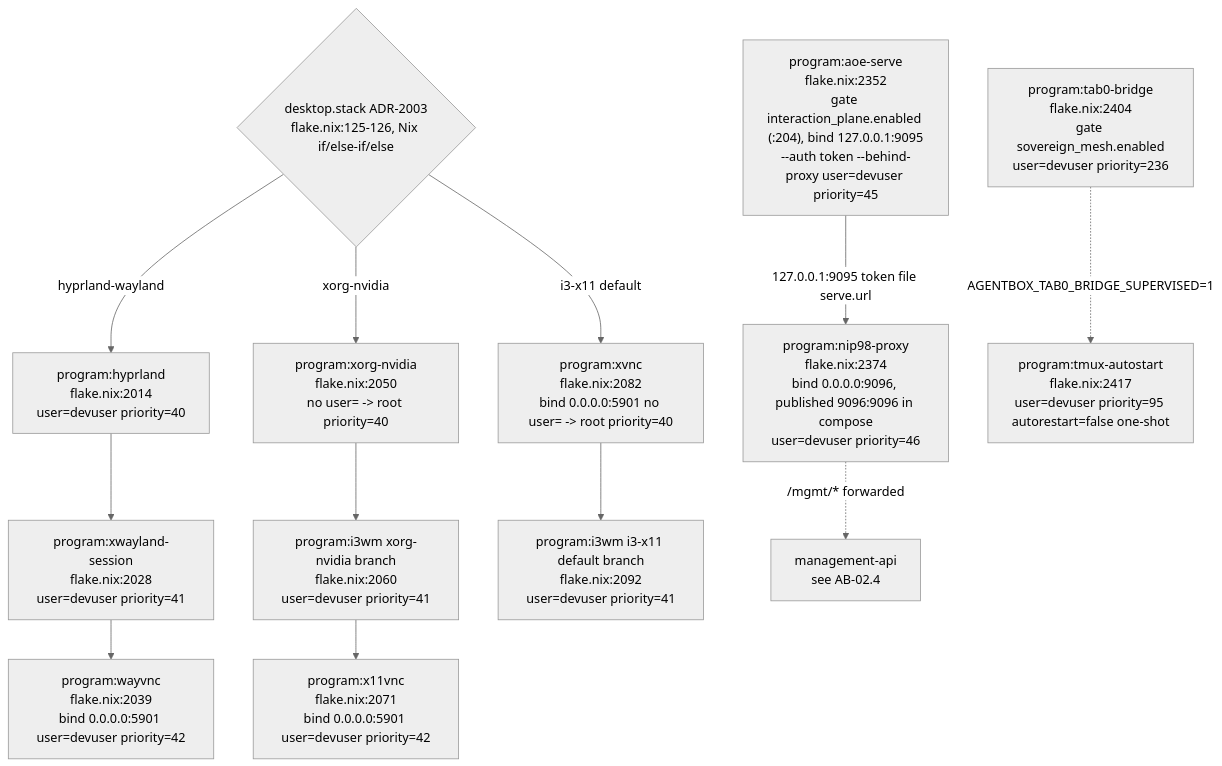
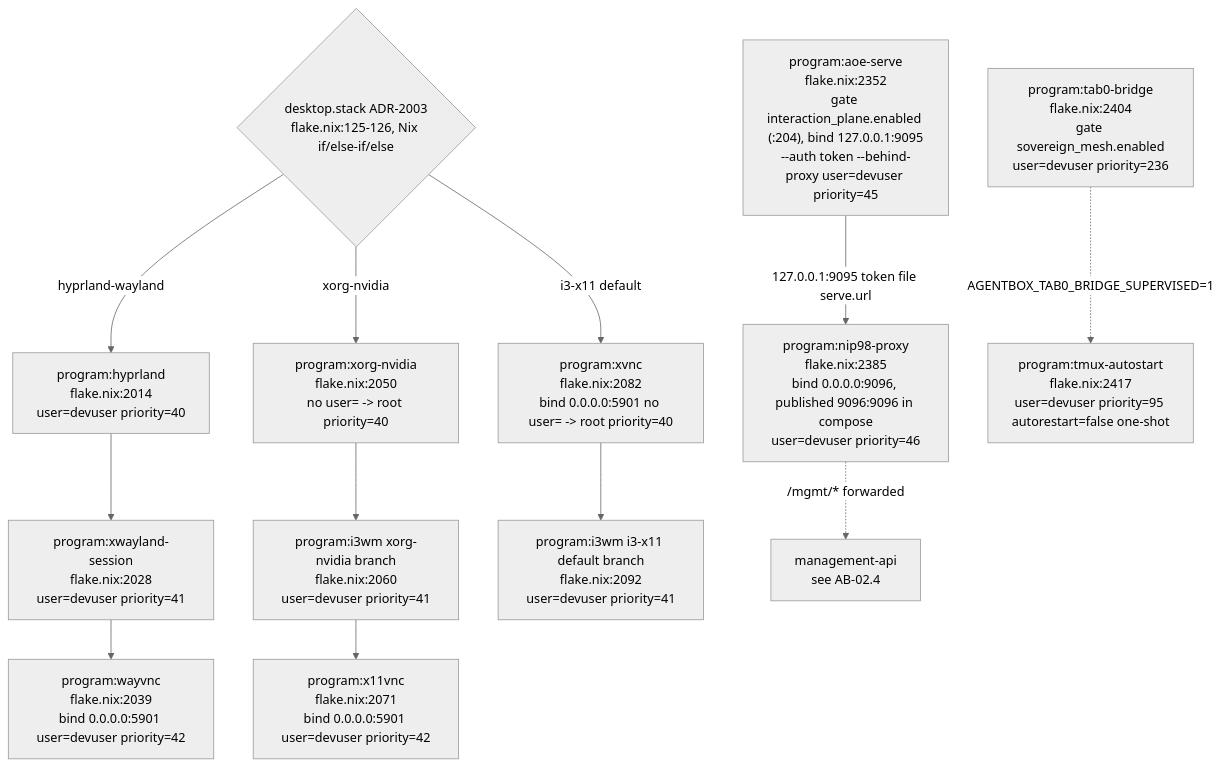
One commit to DreamLab-AI/VisionFlow changed the seventh of 21 diagrams in docs/diagrams/agentbox/02-boot-sequence-and-readiness.md. Above: the diagram before and after it, drawn with Mermaid (neutral theme). The commit also changed other lines of this file and 51 other files, not shown here.

First line of the commit message:
docs(diagrams): agentbox AB-01..13 re-attested anchor by anchor (980 anchors, 22 defects); checkpoint against an out-of-mesh writer

````diff
--- a/docs/diagrams/agentbox/02-boot-sequence-and-readiness.md
+++ b/docs/diagrams/agentbox/02-boot-sequence-and-readiness.md
@@ -241,23 +241,23 @@
 ```mermaid
 flowchart TB
     GATESTACK{"desktop.stack ADR-2003<br/>flake.nix:125-126, Nix if/else-if/else"}
     HYPR["program:hyprland<br/>flake.nix:2014<br/>user=devuser priority=40"]
     XWAY["program:xwayland-session<br/>flake.nix:2028<br/>user=devuser priority=41"]
     WAYVNC["program:wayvnc<br/>flake.nix:2039<br/>bind 0.0.0.0:5901 user=devuser priority=42"]
     XORG["program:xorg-nvidia<br/>flake.nix:2050<br/>no user= -&gt; root priority=40"]
     I3A["program:i3wm xorg-nvidia branch<br/>flake.nix:2060<br/>user=devuser priority=41"]
     X11VNC["program:x11vnc<br/>flake.nix:2071<br/>bind 0.0.0.0:5901 user=devuser priority=42"]
     XVNC["program:xvnc<br/>flake.nix:2082<br/>bind 0.0.0.0:5901 no user= -&gt; root priority=40"]
     I3B["program:i3wm i3-x11 default branch<br/>flake.nix:2092<br/>user=devuser priority=41"]
     AOE["program:aoe-serve<br/>flake.nix:2352<br/>gate interaction_plane.enabled (:204), bind 127.0.0.1:9095<br/>--auth token --behind-proxy user=devuser priority=45"]
-    NIP98["program:nip98-proxy<br/>flake.nix:2374<br/>bind 0.0.0.0:9096, published 9096:9096 in compose<br/>user=devuser priority=46"]
+    NIP98["program:nip98-proxy<br/>flake.nix:2385<br/>bind 0.0.0.0:9096, published 9096:9096 in compose<br/>user=devuser priority=46"]
     TAB0["program:tab0-bridge<br/>flake.nix:2404<br/>gate sovereign_mesh.enabled<br/>user=devuser priority=236"]
     TMUX["program:tmux-autostart<br/>flake.nix:2417<br/>user=devuser priority=95 autorestart=false one-shot"]
 
     GATESTACK -->|"hyprland-wayland"| HYPR --> XWAY --> WAYVNC
     GATESTACK -->|"xorg-nvidia"| XORG --> I3A --> X11VNC
     GATESTACK -->|"i3-x11 default"| XVNC --> I3B
     AOE -->|"127.0.0.1:9095 token file serve.url"| NIP98
     NIP98 -.->|"/mgmt/* forwarded"| MGMTREF["management-api<br/>see AB-02.4"]
     TAB0 -.->|"AGENTBOX_TAB0_BRIDGE_SUPERVISED=1"| TMUX
 ```
````
